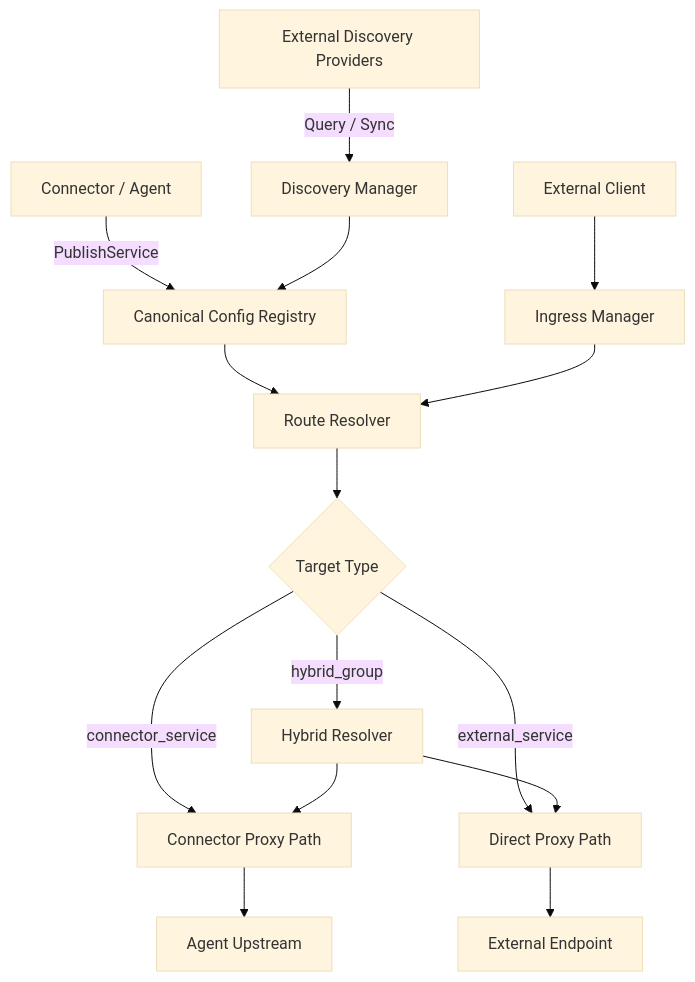
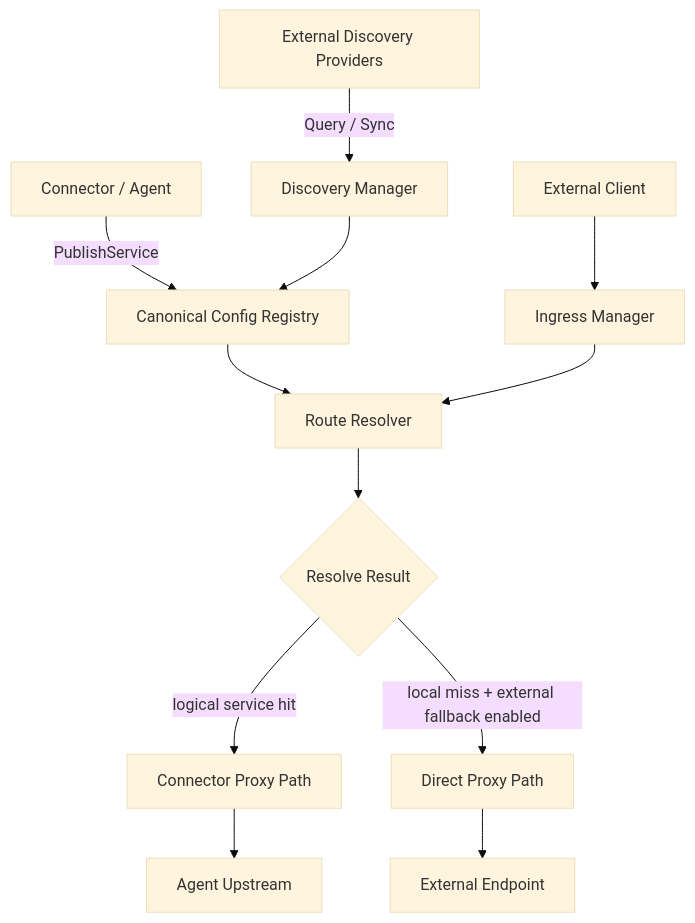
Before and after one commit to lifei6671/devbridge-loop: the first of 5 diagrams in docs/LTFP-v1-Draft.md, drawn with Mermaid (base theme). The commit also changed other lines of this file and 4 other files, not shown here.

````diff
--- a/docs/LTFP-v1-Draft.md
+++ b/docs/LTFP-v1-Draft.md
@@ -155,17 +169,14 @@
 ```mermaid
 flowchart TD
     A[Connector / Agent] -->|PublishService| B[Canonical Config Registry]
     E[External Discovery Providers] -->|Query / Sync| C[Discovery Manager]
     C --> B
     B --> D[Route Resolver]
     F[External Client] --> G[Ingress Manager]
     G --> D
-    D --> H{Target Type}
-    H -->|connector_service| I[Connector Proxy Path]
-    H -->|external_service| J[Direct Proxy Path]
-    H -->|hybrid_group| K[Hybrid Resolver]
+    D --> H{Resolve Result}
+    H -->|logical service hit| I[Connector Proxy Path]
+    H -->|local miss + external fallback enabled| J[Direct Proxy Path]
     I --> L[Agent Upstream]
     J --> M[External Endpoint]
-    K --> I
-    K --> J
 ```
````
